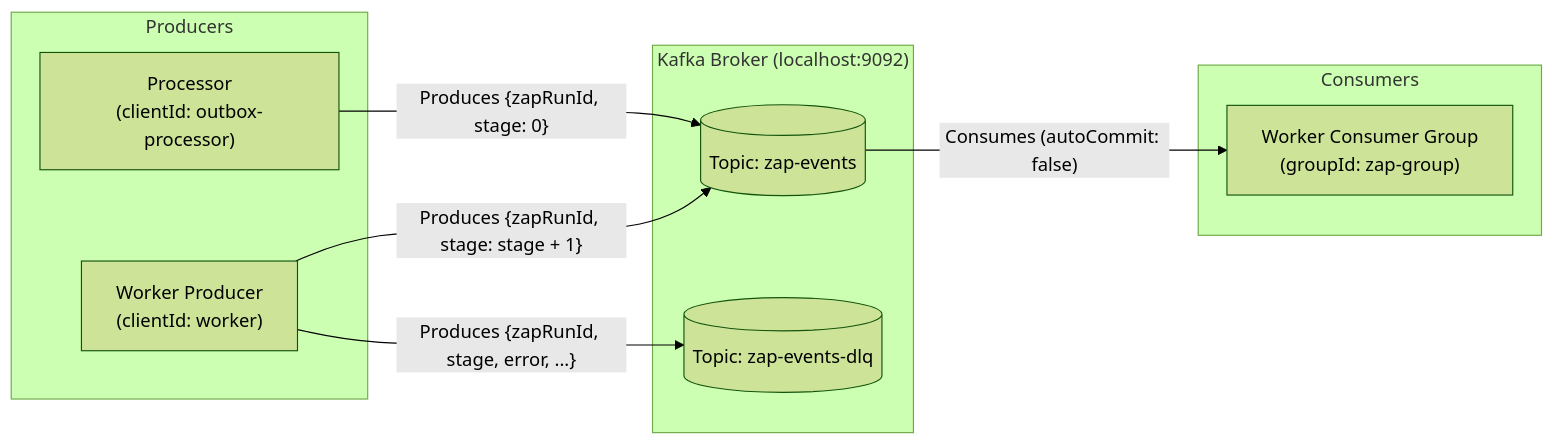
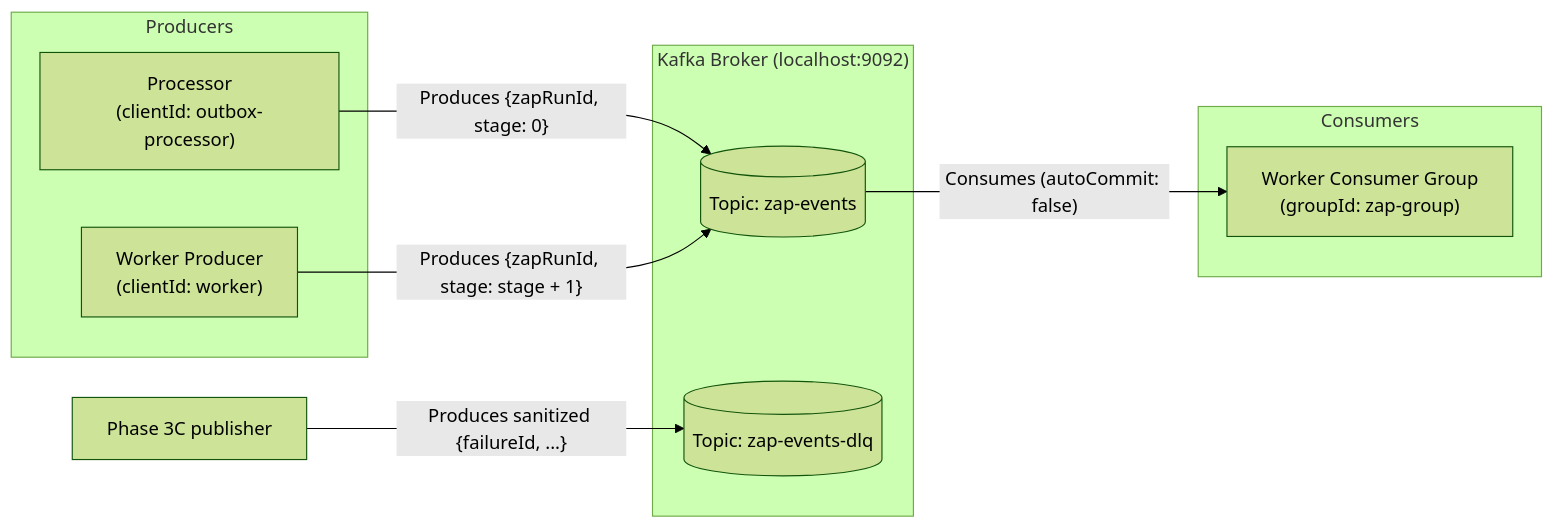
Before and after one commit to Thisshonrobert/zapier: the diagram in docs/kafka.md, drawn with Mermaid (forest theme). The commit also changed other lines of this file and 43 other files, not shown here.

````diff
--- a/docs/kafka.md
+++ b/docs/kafka.md
@@ -70,21 +76,21 @@
 ```mermaid
 flowchart LR
     subgraph Producers
         Processor["Processor<br/>(clientId: outbox-processor)"]
         WorkerProducer["Worker Producer<br/>(clientId: worker)"]
     end
 
     subgraph KafkaBroker["Kafka Broker (localhost:9092)"]
         ZapEventsTopic[("Topic: zap-events")]
         DLQTopic[("Topic: zap-events-dlq")]
     end
 
     subgraph Consumers
         WorkerConsumer["Worker Consumer Group<br/>(groupId: zap-group)"]
     end
 
     Processor -->|"Produces {zapRunId, stage: 0}"| ZapEventsTopic
     WorkerProducer -->|"Produces {zapRunId, stage: stage + 1}"| ZapEventsTopic
-    WorkerProducer -->|"Produces {zapRunId, stage, error, ...}"| DLQTopic
+    FuturePublisher["Phase 3C publisher"] -->|"Produces sanitized {failureId, ...}"| DLQTopic
     ZapEventsTopic -->|"Consumes (autoCommit: false)"| WorkerConsumer
 ```
````
